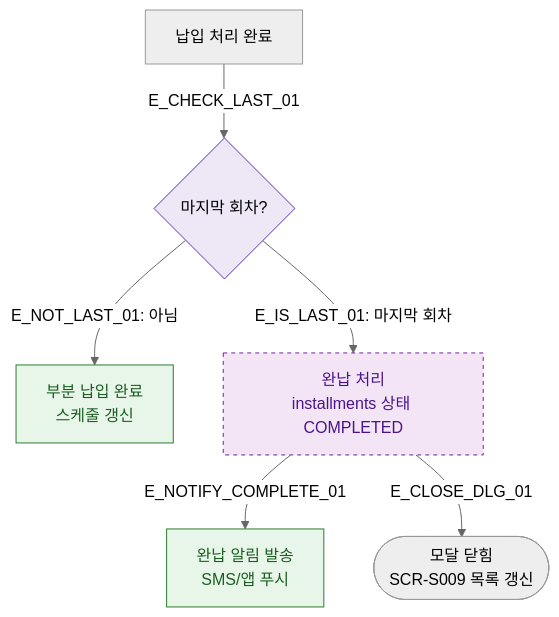
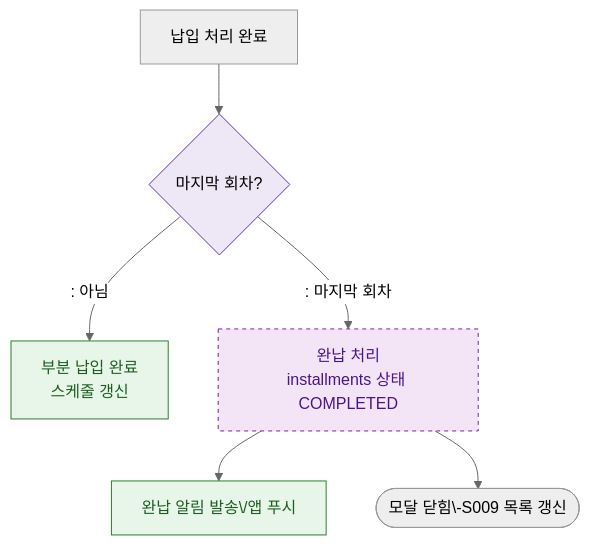
Before and after one commit to dev-spogym/admin-pando: the diagram in docs/다이어그램/D03_매출관리/DLG-S007_할부상세/M3_결과분기.md, drawn with Mermaid (neutral theme). The commit also changed other lines of this file and 1660 other files, not shown here.

First line of the commit message:
다이어그램: 기획자/클라이언트 납품본으로 정리

````diff
--- a/docs/다이어그램/D03_매출관리/DLG-S007_할부상세/M3_결과분기.md
+++ b/docs/다이어그램/D03_매출관리/DLG-S007_할부상세/M3_결과분기.md
@@ -20,18 +18,18 @@
 ```mermaid
 flowchart TD
-    PAY_DONE[납입 처리 완료] -->|E_CHECK_LAST_01| LAST_CHECK{마지막 회차?}
+    PAY_DONE[납입 처리 완료] --> LAST_CHECK{마지막 회차?}
 
-    LAST_CHECK -->|"E_NOT_LAST_01: 아님"| PARTIAL_DONE[부분 납입 완료\n스케줄 갱신]
-    LAST_CHECK -->|"E_IS_LAST_01: 마지막 회차"| FULL_DONE[완납 처리\ninstallments 상태 COMPLETED]
+    LAST_CHECK -->|": 아님"|PARTIAL_DONE[부분 납입 완료\n스케줄 갱신]
+    LAST_CHECK -->|": 마지막 회차"|FULL_DONE[완납 처리\ninstallments 상태 COMPLETED]
 
-    FULL_DONE -->|E_NOTIFY_COMPLETE_01| NOTIFY[완납 알림 발송\nSMS/앱 푸시]
-    FULL_DONE -->|E_CLOSE_DLG_01| CLOSED([모달 닫힘\nSCR-S009 목록 갱신])
+    FULL_DONE --> NOTIFY[완납 알림 발송\/앱 푸시]
+    FULL_DONE --> CLOSED([모달 닫힘\-S009 목록 갱신])
 
     classDef newFeature fill:#F3E5F5,stroke:#7B1FA2,color:#4A148C,stroke-dasharray:4 4
     classDef system fill:#EDE7F6,stroke:#5E35B2
     classDef success fill:#E8F5E9,stroke:#2E7D32,color:#1B5E20
 
     class FULL_DONE newFeature
     class LAST_CHECK system
     class PARTIAL_DONE,NOTIFY success
 ```
````
